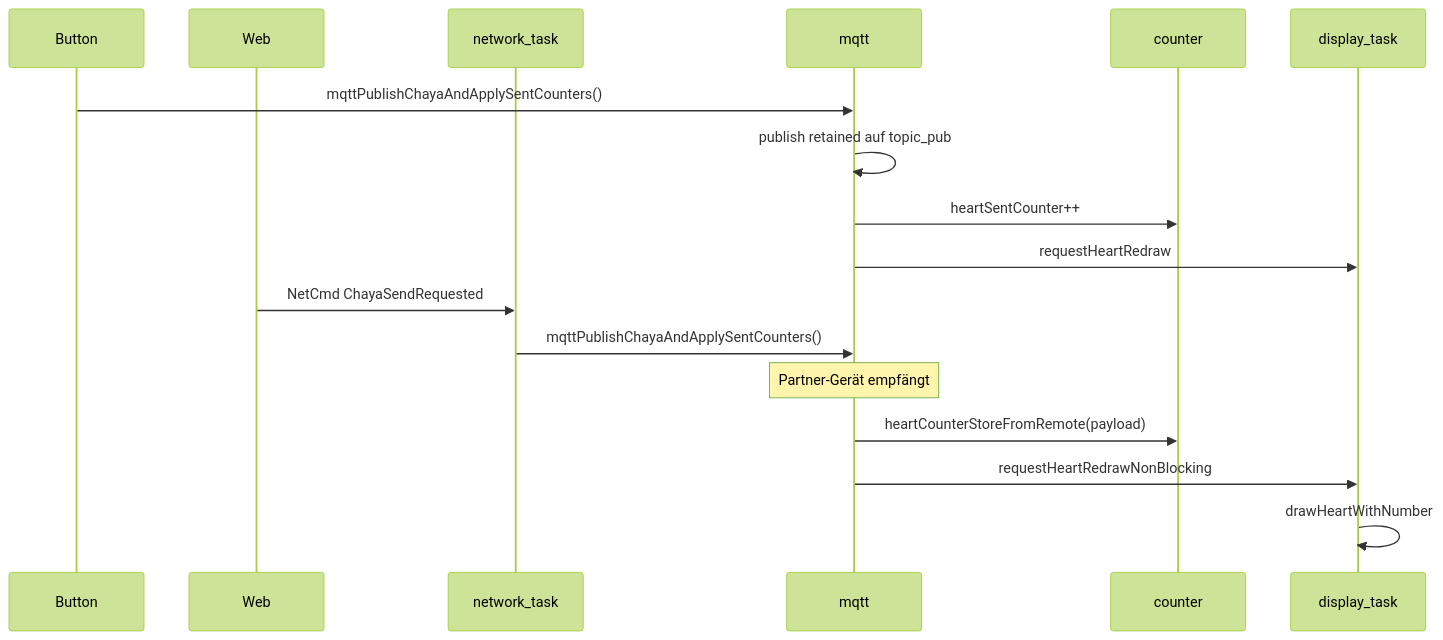
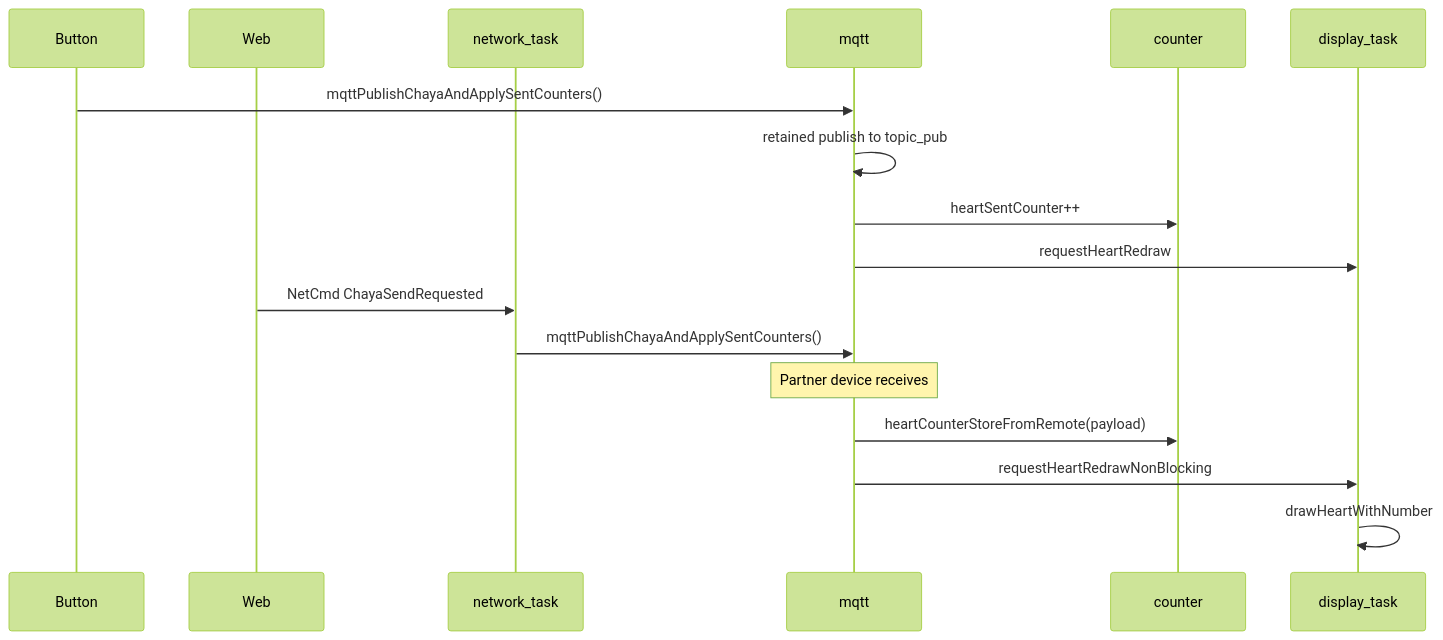
Before and after one commit to EyJunge1/chaya2mqtt: the third of 3 diagrams in docs/ARCHITECTURE.md, drawn with Mermaid (forest theme). The commit also changed other lines of this file and 43 other files, not shown here.

````diff
--- a/docs/ARCHITECTURE.md
+++ b/docs/ARCHITECTURE.md
@@ -170,22 +170,22 @@
 ```mermaid
 sequenceDiagram
     participant B as Button
     participant W as Web
     participant N as network_task
     participant M as mqtt
     participant C as counter
     participant D as display_task
 
     B->>M: mqttPublishChayaAndApplySentCounters()
-    M->>M: publish retained auf topic_pub
+    M->>M: retained publish to topic_pub
     M->>C: heartSentCounter++
     M->>D: requestHeartRedraw
 
     W->>N: NetCmd ChayaSendRequested
     N->>M: mqttPublishChayaAndApplySentCounters()
 
-    Note over M: Partner-Gerät empfängt
+    Note over M: Partner device receives
     M->>C: heartCounterStoreFromRemote(payload)
     M->>D: requestHeartRedrawNonBlocking
     D->>D: drawHeartWithNumber
 ```
````
